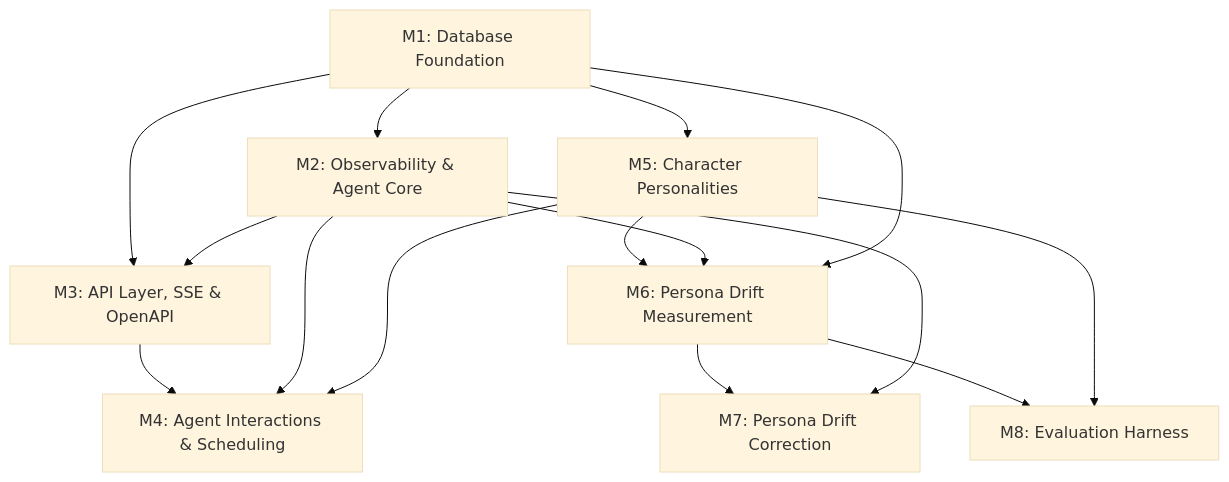
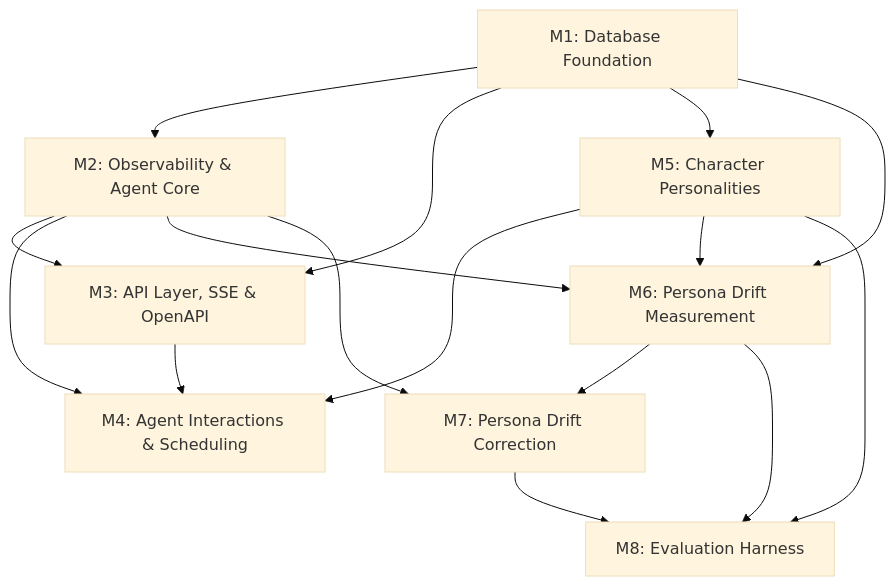
The diagram in AGENTS.md (pedropaulovc/the-office), drawn with Mermaid (base theme) before and after one commit. The commit also changed other lines of this file and 4 other files, not shown here.

````diff
--- a/AGENTS.md
+++ b/AGENTS.md
@@ -56,17 +56,18 @@
 ```mermaid
 graph TD
     M1[M1: Database Foundation] --> M2[M2: Observability & Agent Core]
     M1 --> M3[M3: API Layer, SSE & OpenAPI]
     M2 --> M3
     M3 --> M4[M4: Agent Interactions & Scheduling]
     M2 --> M4
     M1 --> M5[M5: Character Personalities]
     M5 --> M4
     M5 --> M6[M6: Persona Drift Measurement]
     M2 --> M6
     M1 --> M6
     M6 --> M7[M7: Persona Drift Correction]
     M2 --> M7
     M6 --> M8[M8: Evaluation Harness]
     M5 --> M8
+    M7 --> M8
 ```
````
